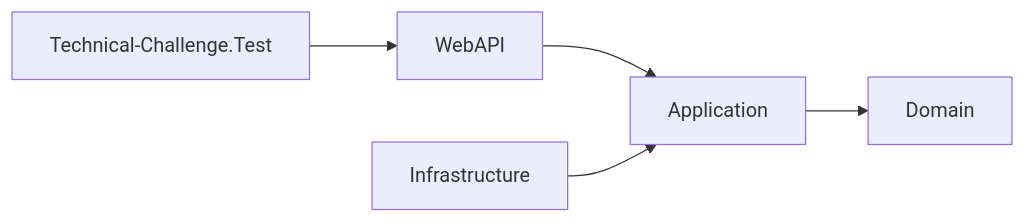
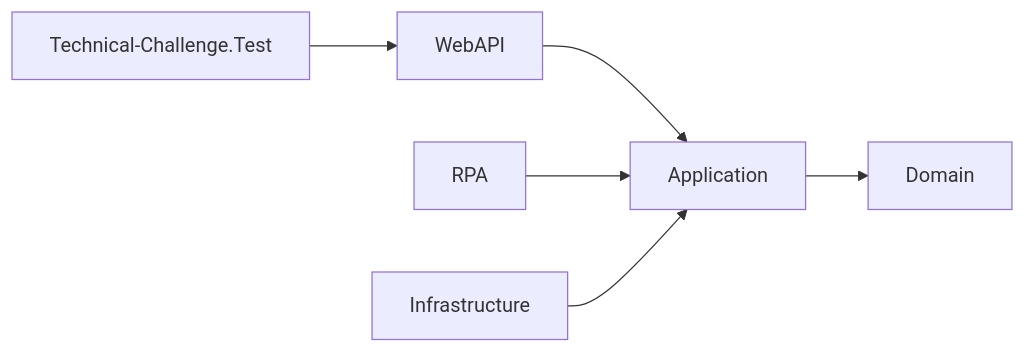
One commit to FeJoestar18/Technical-Challenge changed the second of 2 diagrams in README.md. Above: the diagram before and after it, drawn with Mermaid. The commit also changed other lines of this file and 7 other files, not shown here.

````diff
--- a/README.md
+++ b/README.md
@@ -121,13 +127,15 @@
 ```mermaid
 flowchart LR
     WebAPI["WebAPI"]
+    RPA["RPA"]
     Infrastructure["Infrastructure"]
     Application["Application"]
     Domain["Domain"]
     Test["Technical-Challenge.Test"]
 
     WebAPI --> Application
+    RPA --> Application
     Infrastructure --> Application
     Application --> Domain
     Test --> WebAPI
 ```
````
